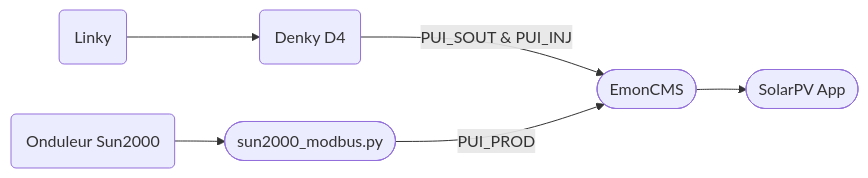
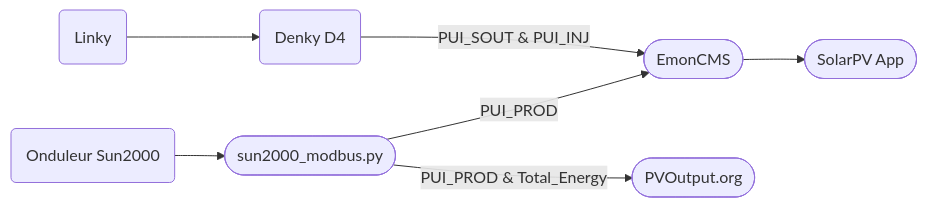
The diagram in readme.md (sosandroid/Monitoring_Energie), drawn with Mermaid before and after one commit. The commit also changed other lines of this file, not shown here.

Commit message:
Ajout pvoutput

````diff
--- a/readme.md
+++ b/readme.md
@@ -15,9 +15,10 @@
 ```mermaid
 flowchart LR;
     A(Linky)-->B;
-	B(Denky D4)--PUI_SOUT & PUI_INJ-->C;
-	C([EmonCMS])-->D;
+    B(Denky D4)--PUI_SOUT & PUI_INJ-->C;
+    C([EmonCMS])-->D;
     D([SolarPV App]);
-	E(Onduleur Sun2000)-->F;
-	F([sun2000_modbus.py])--PUI_PROD-->C
+    E(Onduleur Sun2000)-->F;
+    F([sun2000_modbus.py])--PUI_PROD-->C
+    F--PUI_PROD & Total_Energy-->G([PVOutput.org])
 ```
````
